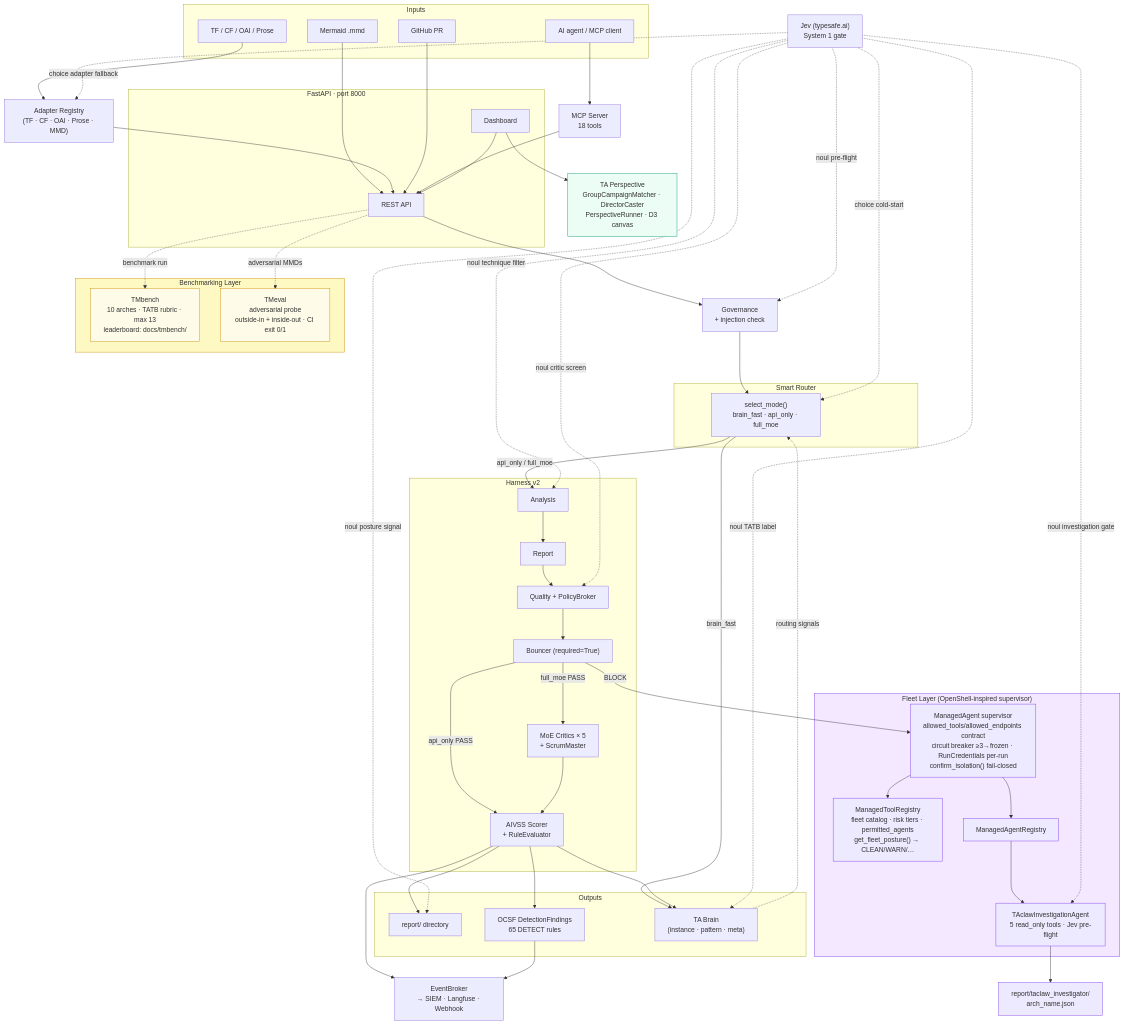
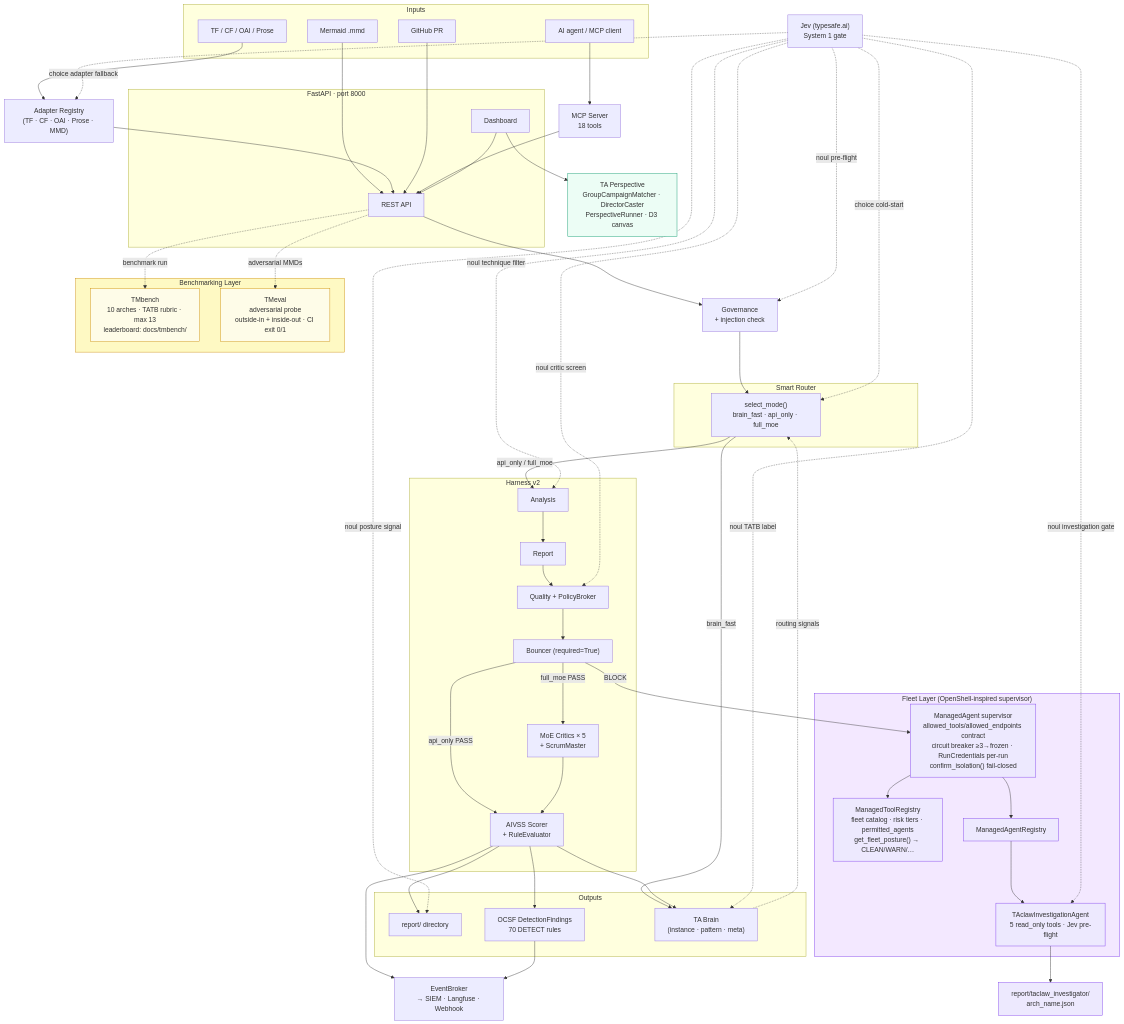
One commit to BerdTan/threatassessor changed the diagram in README.md. Above: the diagram before and after it, drawn with Mermaid. The commit also changed other lines of this file and 2 other files, not shown here.

```diff
--- a/README.md
+++ b/README.md
@@ -50,7 +50,7 @@
 
     subgraph Outputs
         rep_o["report/ directory"]
-        ocsf_o["OCSF DetectionFindings\n65 DETECT rules"]
+        ocsf_o["OCSF DetectionFindings\n70 DETECT rules"]
         brn_o["TA Brain\n(instance · pattern · meta)"]
     end
 
```
